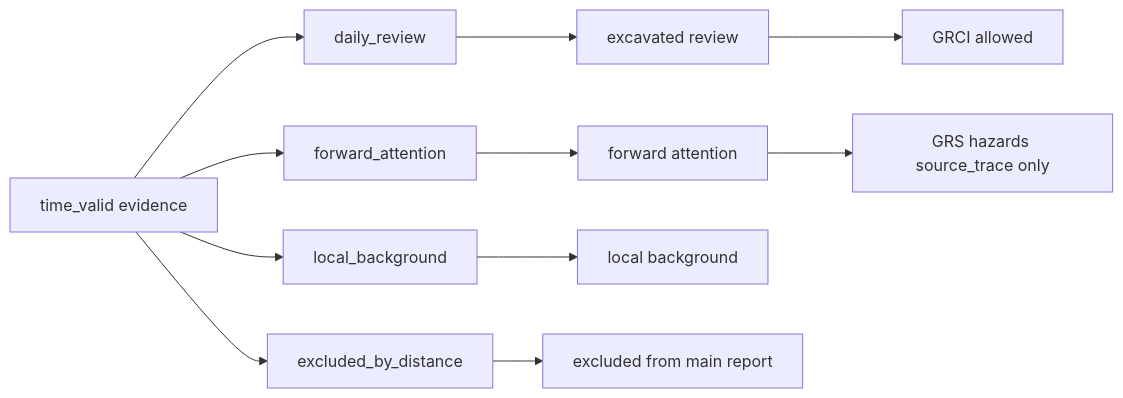
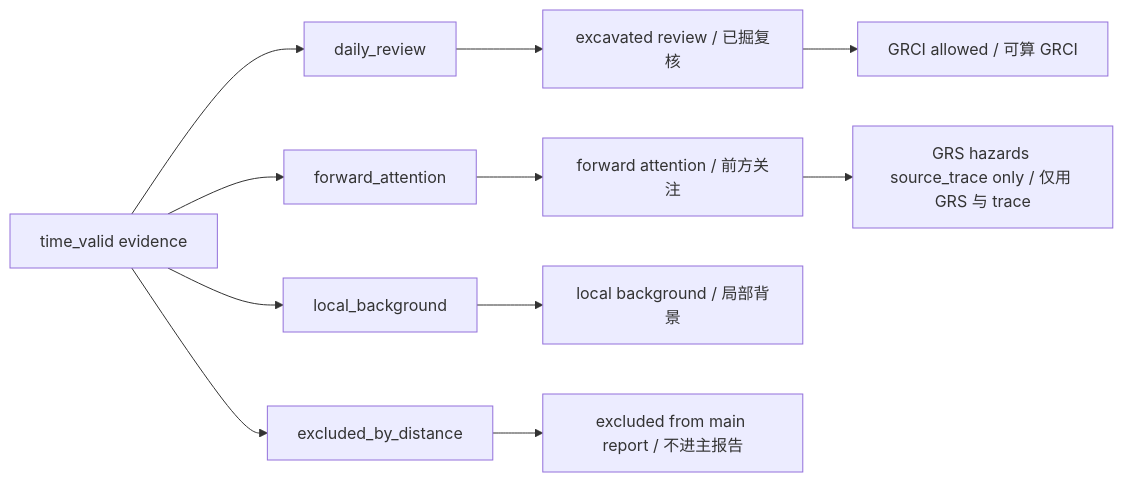
The second of 5 diagrams in backend/docs/system_architecture.md (xiaodazhao/tbm-report), drawn with Mermaid before and after one commit. The commit also changed other lines of this file and 1 other file, not shown here.

Commit message:
Add bilingual labels to Mermaid diagrams

````diff
--- a/backend/docs/system_architecture.md
+++ b/backend/docs/system_architecture.md
@@ -67,16 +67,16 @@
 ```mermaid
 flowchart LR
     A[time_valid evidence] --> B[daily_review]
     A --> C[forward_attention]
     A --> D[local_background]
     A --> E[excluded_by_distance]
 
-    B --> F[excavated review]
-    F --> G[GRCI allowed]
+    B --> F[excavated review / 已掘复核]
+    F --> G[GRCI allowed / 可算 GRCI]
 
-    C --> H[forward attention]
-    H --> I[GRS hazards source_trace only]
+    C --> H[forward attention / 前方关注]
+    H --> I[GRS hazards source_trace only / 仅用 GRS 与 trace]
 
-    D --> J[local background]
-    E --> K[excluded from main report]
+    D --> J[local background / 局部背景]
+    E --> K[excluded from main report / 不进主报告]
 ```
````
